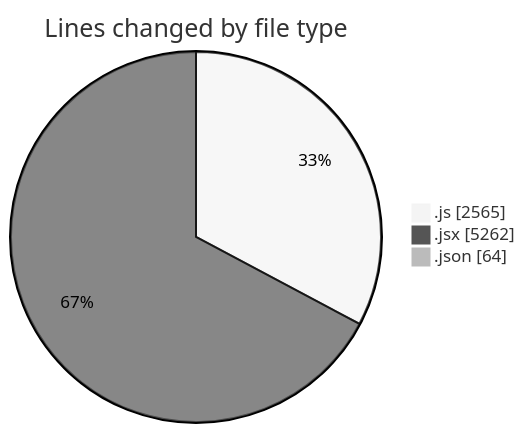
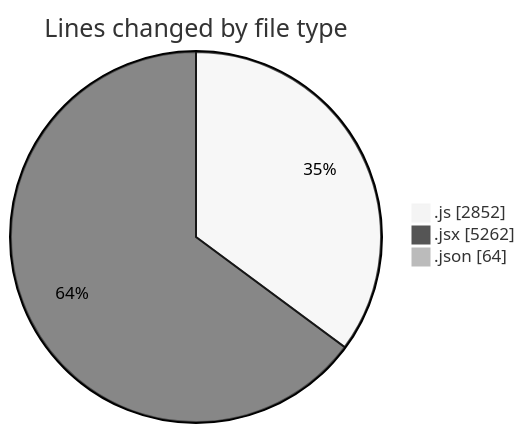
Before and after one commit to nxtqubesakshisongat/code-tracking: the first of 2 diagrams in 2025-08-07/nxtqube_webapp/README.md, drawn with Mermaid (neutral theme). The commit also changed other lines of this file and 1 other file, not shown here.

````diff
--- a/2025-08-07/nxtqube_webapp/README.md
+++ b/2025-08-07/nxtqube_webapp/README.md
@@ -25,7 +25,7 @@
 ```mermaid
 pie showData
 title Lines changed by file type
-".js" : 2565
+".js" : 2852
 ".jsx" : 5262
 ".json" : 64
 ```
````
